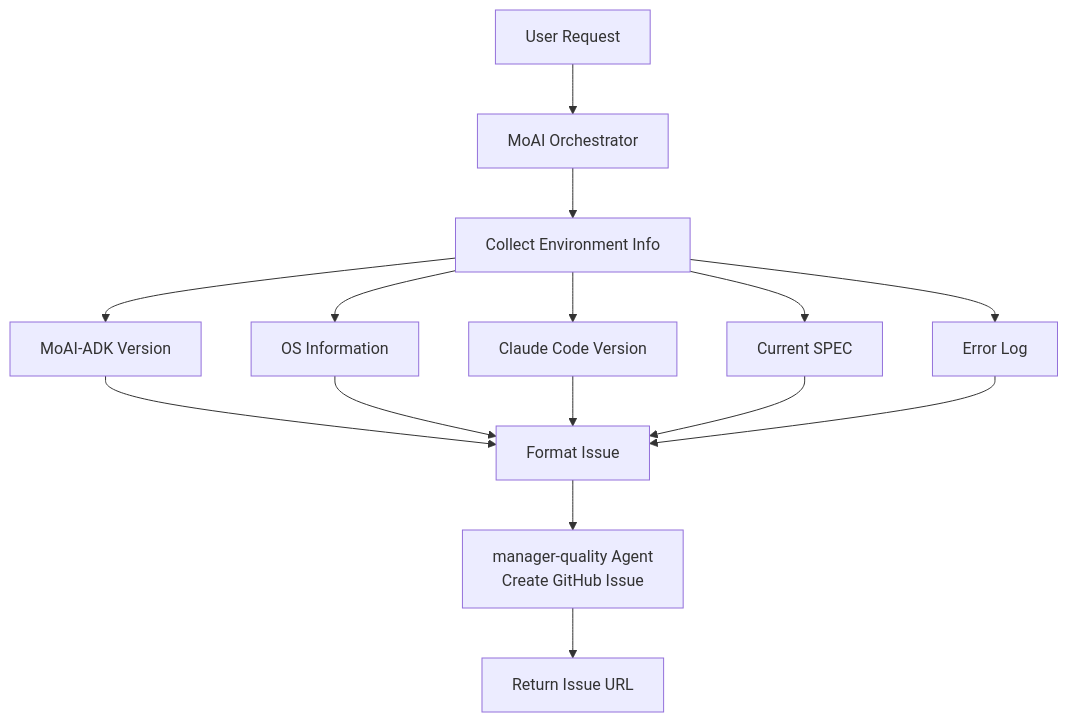
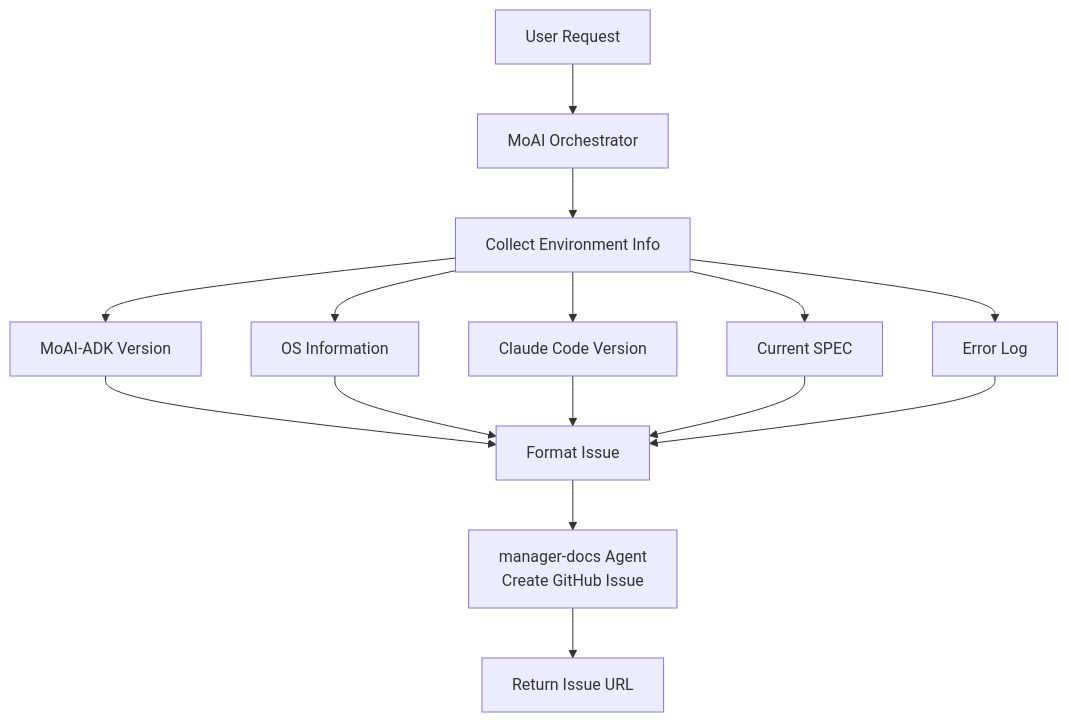
The second of 2 diagrams in docs-site/content/en/utility-commands/moai-feedback.md (modu-ai/moai-adk), drawn with Mermaid before and after one commit. The commit also changed other lines of this file and 153 other files, not shown here.

````diff
--- a/docs-site/content/en/utility-commands/moai-feedback.md
+++ b/docs-site/content/en/utility-commands/moai-feedback.md
@@ -124,20 +124,20 @@
 ```mermaid
 flowchart TD
     User["User Request"] --> Orchestrator["MoAI Orchestrator"]
     Orchestrator --> Collect["Collect Environment Info"]
 
     Collect --> Info1["MoAI-ADK Version"]
     Collect --> Info2["OS Information"]
     Collect --> Info3["Claude Code Version"]
     Collect --> Info4["Current SPEC"]
     Collect --> Info5["Error Log"]
 
     Info1 --> Format["Format Issue"]
     Info2 --> Format
     Info3 --> Format
     Info4 --> Format
     Info5 --> Format
 
-    Format --> GitHub["manager-quality Agent<br/>Create GitHub Issue"]
+    Format --> GitHub["manager-docs Agent<br/>Create GitHub Issue"]
     GitHub --> Complete["Return Issue URL"]
 ```
````
